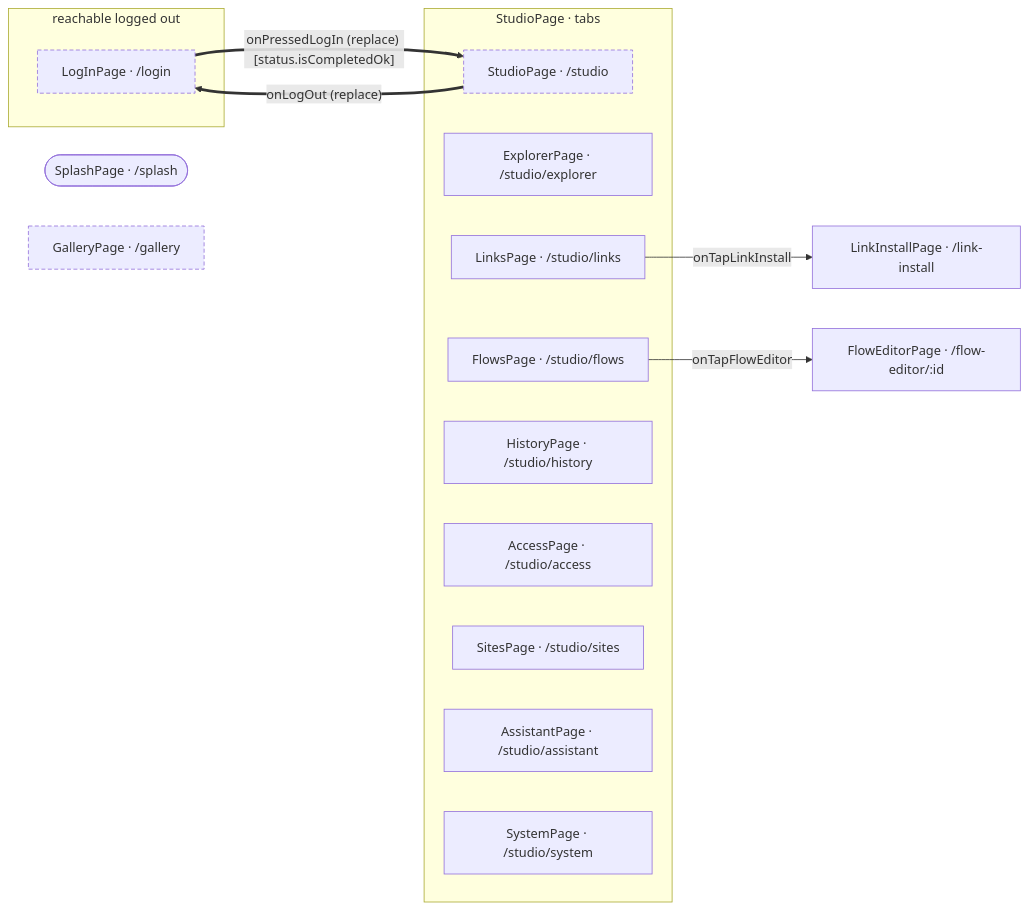
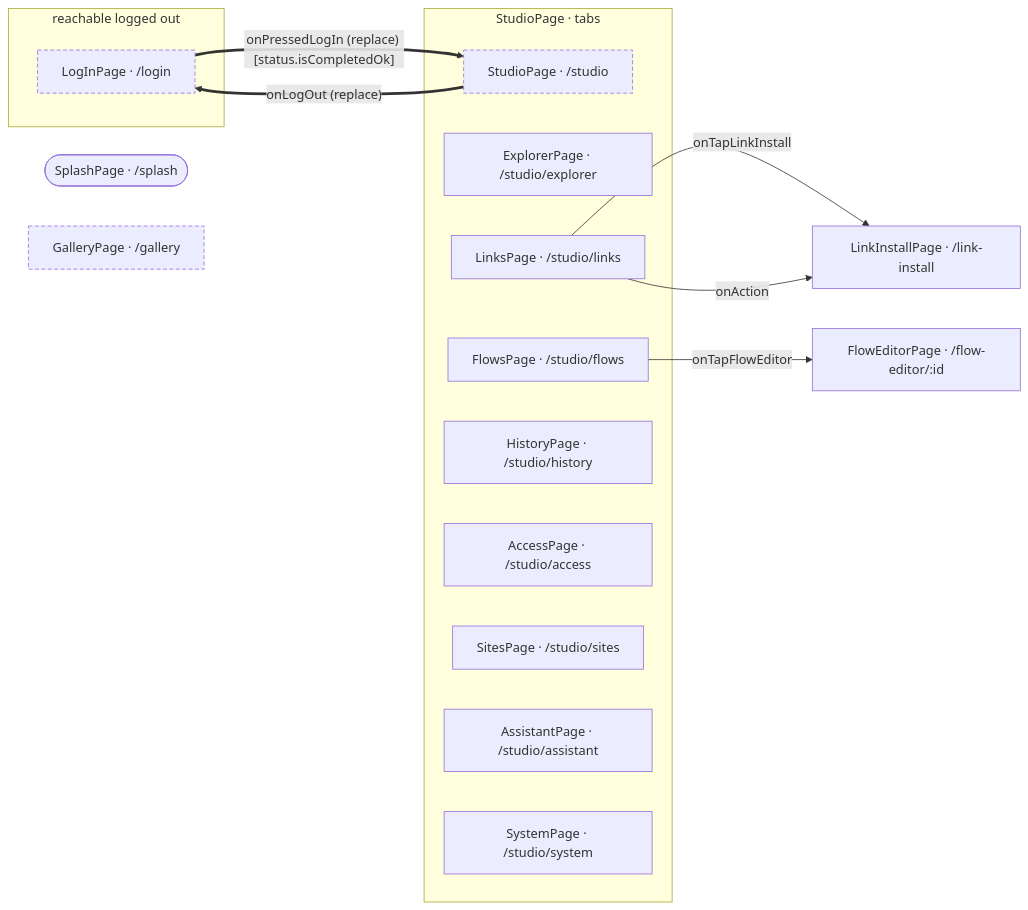
The diagram in studio/docs/flows/README.md (gencto/wyrm), drawn with Mermaid before and after one commit. The commit also changed other lines of this file and 74 other files, not shown here.

````diff
--- a/studio/docs/flows/README.md
+++ b/studio/docs/flows/README.md
@@ -7,29 +7,30 @@
 ```mermaid
 flowchart LR
     subgraph frxPublic["reachable logged out"]
         logIn["LogInPage · /login"]
     end
     splash(["SplashPage · /splash"])
     gallery["GalleryPage · /gallery"]
     subgraph frxTabs_studio["StudioPage · tabs"]
         studio["StudioPage · /studio"]
         explorer["ExplorerPage · /studio/explorer"]
         links["LinksPage · /studio/links"]
         flows["FlowsPage · /studio/flows"]
         history["HistoryPage · /studio/history"]
         access["AccessPage · /studio/access"]
         sites["SitesPage · /studio/sites"]
         assistant["AssistantPage · /studio/assistant"]
         system["SystemPage · /studio/system"]
     end
     linkInstall["LinkInstallPage · /link-install"]
     flowEditor["FlowEditorPage · /flow-editor/:id"]
 
     logIn ==>|"onPressedLogIn (replace) [status.isCompletedOk]"| studio
     studio ==>|"onLogOut (replace)"| logIn
     links -->|"onTapLinkInstall"| linkInstall
+    links -->|"onAction"| linkInstall
     flows -->|"onTapFlowEditor"| flowEditor
 
     classDef frxEntry stroke-dasharray: 5 3
     class logIn,gallery,studio frxEntry
 ```
````
